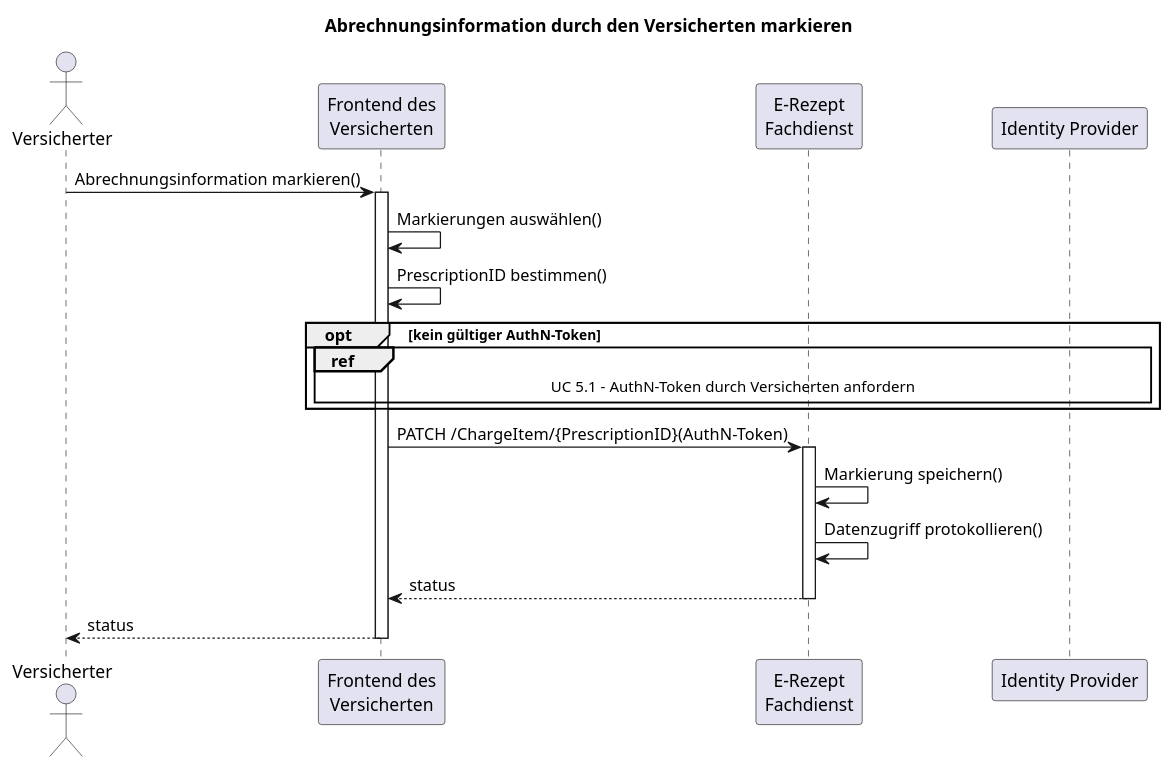
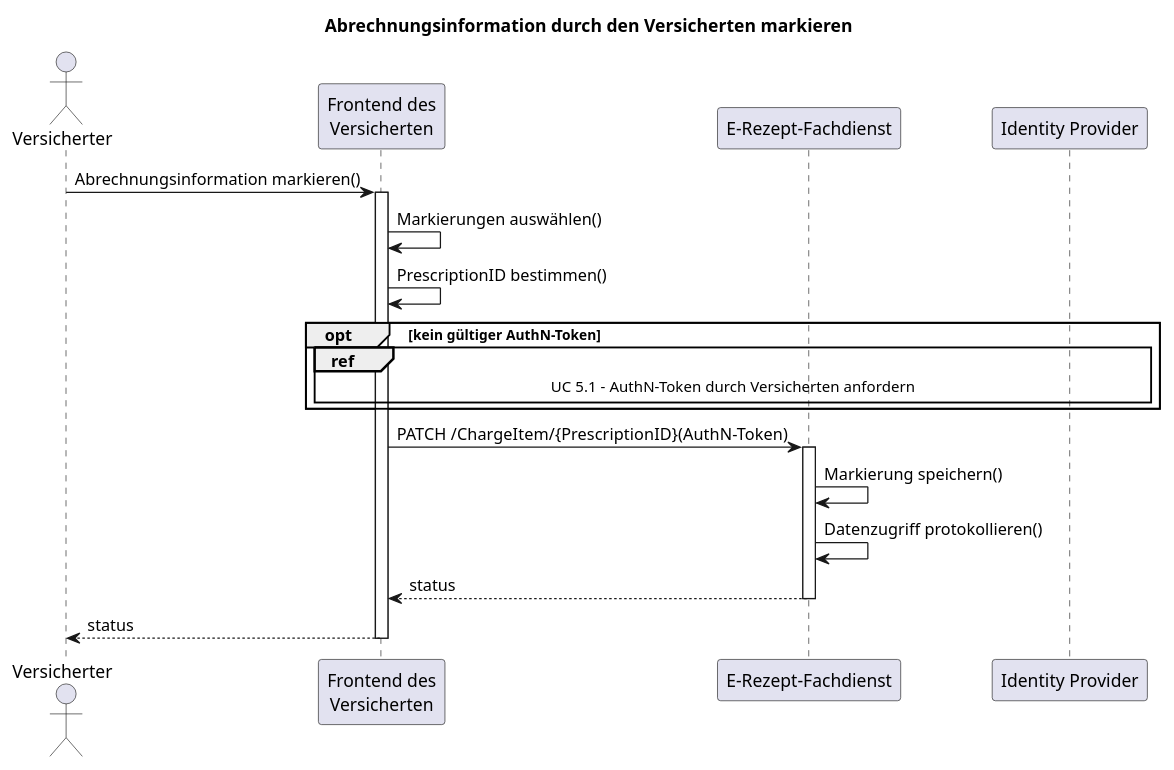
Before and after one commit to gematik/fhir-igs-workflow: the diagram in igs/erp-chrg/input/images-source/seq-abrechnungsinformation-markieren.plantuml, drawn with PlantUML. The commit also changed 7 other files, not shown here.

Commit message:
seq diagramme

```diff
--- a/igs/erp-chrg/input/images-source/seq-abrechnungsinformation-markieren.plantuml
+++ b/igs/erp-chrg/input/images-source/seq-abrechnungsinformation-markieren.plantuml
@@ -1,31 +1,31 @@
 @startuml
 title Abrechnungsinformation durch den Versicherten markieren
 
 actor "Versicherter" as V
 participant "Frontend des\nVersicherten" as FE
-participant "E-Rezept\nFachdienst" as FD
+participant "E-Rezept-Fachdienst" as FD
 participant "Identity Provider" as IDP
 
 V -> FE: Abrechnungsinformation markieren()
 activate FE
 
 FE -> FE: Markierungen auswählen()
 FE -> FE: PrescriptionID bestimmen()
 
 opt kein gültiger AuthN-Token
   ref over FE, IDP: UC 5.1 - AuthN-Token durch Versicherten anfordern
 end
 
 FE -> FD: PATCH /ChargeItem/{PrescriptionID}(AuthN-Token)
 activate FD
 
 FD -> FD: Markierung speichern()
 FD -> FD: Datenzugriff protokollieren()
 
 FD --> FE: status
 deactivate FD
 
 FE --> V: status
 deactivate FE
 
 @enduml
```
